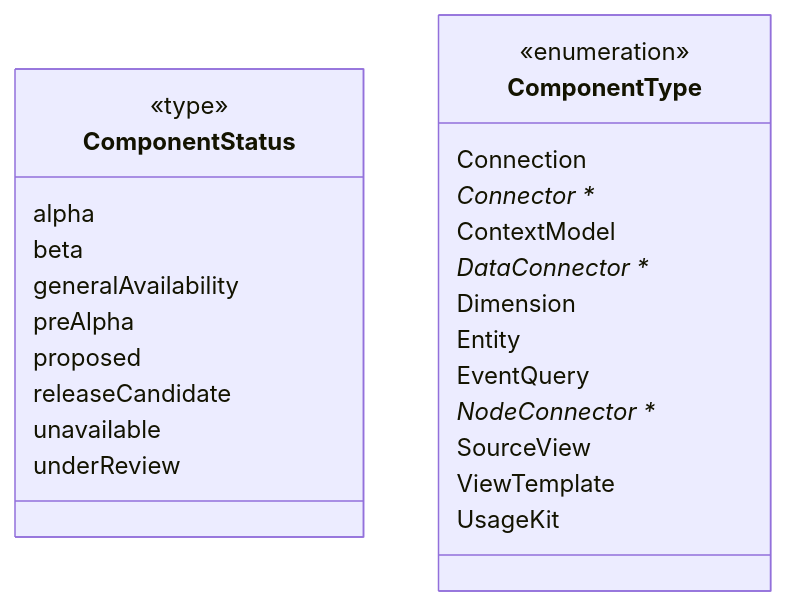
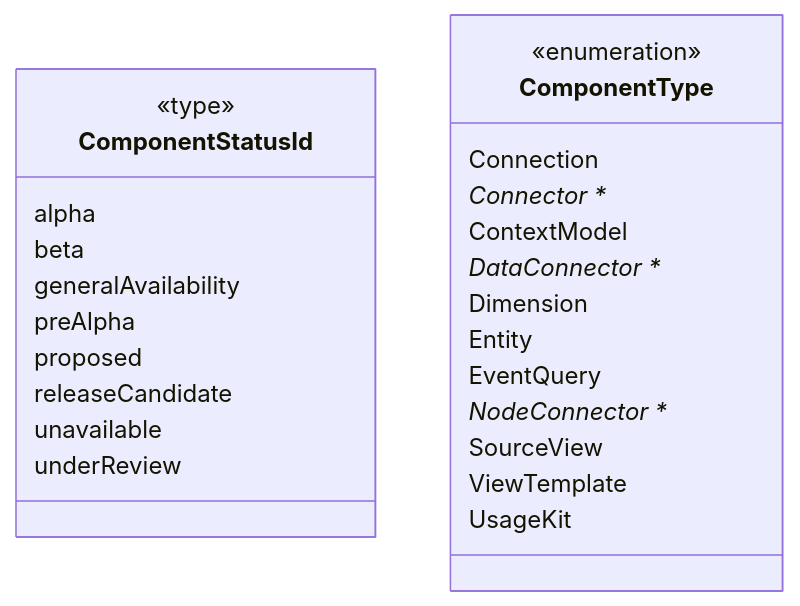
One commit to data-positioning/datapos-shared changed the second of 15 diagrams in README.md. Above: the diagram before and after it, drawn with Mermaid. The commit also changed other lines of this file and 4 other files, not shown here.

````diff
--- a/README.md
+++ b/README.md
@@ -38,31 +38,31 @@
 ```mermaid
 classDiagram
     direction TB
 
-    class ComponentStatus {
+    class ComponentStatusId {
         <<type>>
         alpha
         beta
         generalAvailability
         preAlpha
         proposed
         releaseCandidate
         unavailable
         underReview
     }
 
     class ComponentType {
         <<enumeration>>
         Connection
         Connector **
         ContextModel
         DataConnector **
         Dimension
         Entity
         EventQuery
         NodeConnector **
         SourceView
         ViewTemplate
         UsageKit
     }
 ```
````
